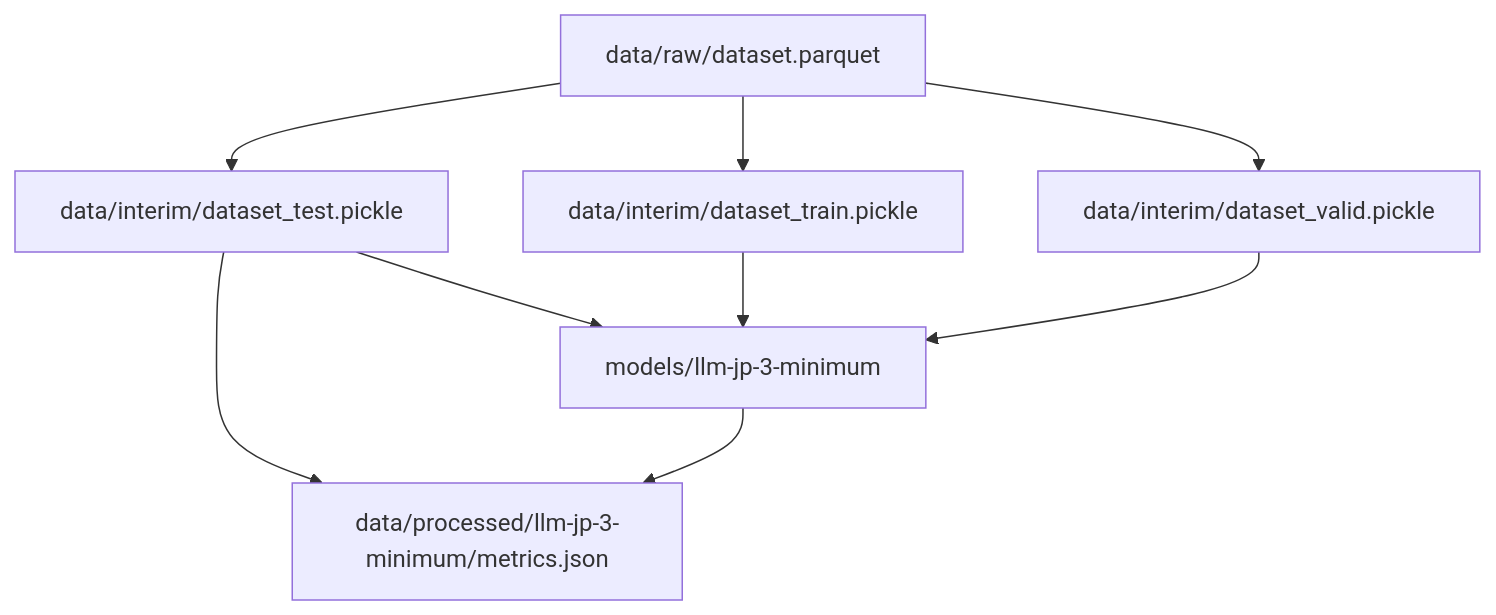
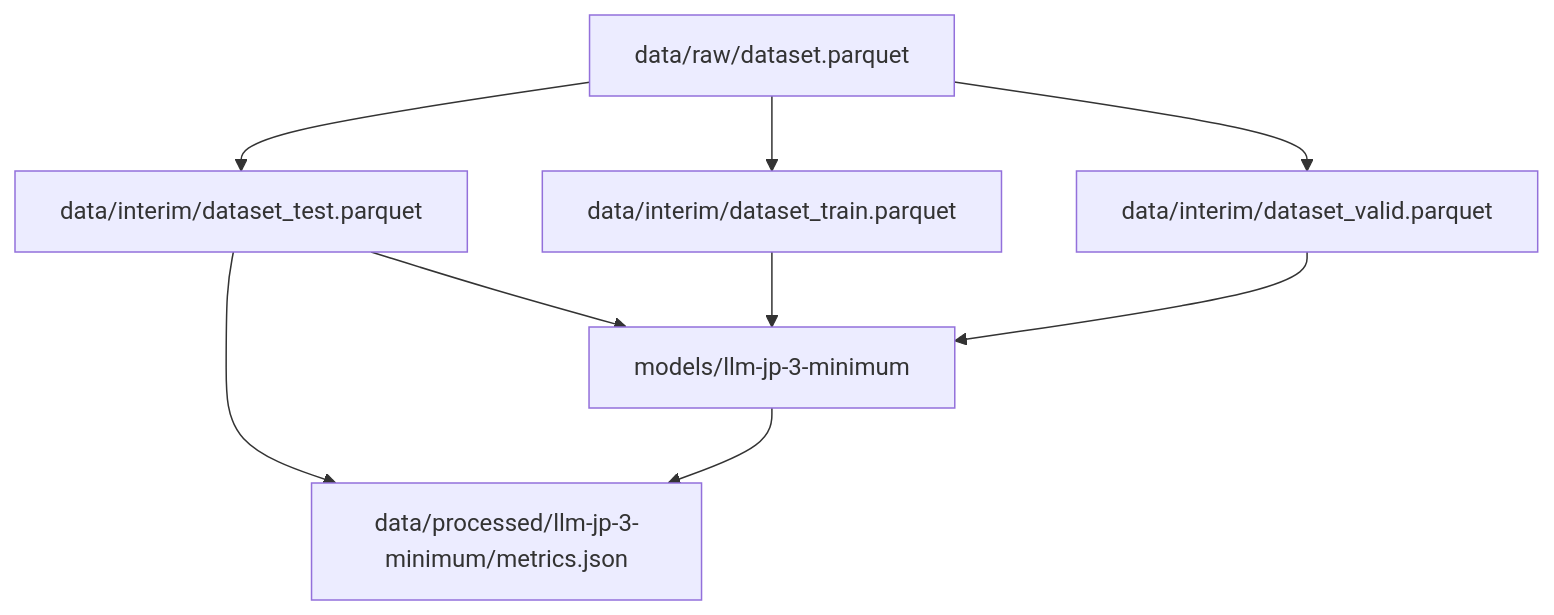
One commit to u-masao/text-classification-example changed the second of 2 diagrams in PIPELINE.md. Above: the diagram before and after it, drawn with Mermaid.

Commit message:
update dvc pipeline

````diff
--- a/PIPELINE.md
+++ b/PIPELINE.md
@@ -19,17 +19,17 @@
 ```mermaid
 flowchart TD
-	node1["data/interim/dataset_test.pickle"]
-	node2["data/interim/dataset_train.pickle"]
-	node3["data/interim/dataset_valid.pickle"]
+	node1["data/interim/dataset_test.parquet"]
+	node2["data/interim/dataset_train.parquet"]
+	node3["data/interim/dataset_valid.parquet"]
 	node4["data/processed/llm-jp-3-minimum/metrics.json"]
 	node5["data/raw/dataset.parquet"]
 	node6["models/llm-jp-3-minimum"]
 	node1-->node4
 	node1-->node6
 	node2-->node6
 	node3-->node6
 	node5-->node1
 	node5-->node2
 	node5-->node3
 	node6-->node4
 ```
````
